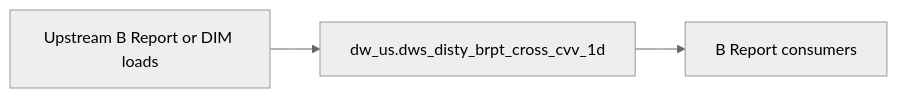
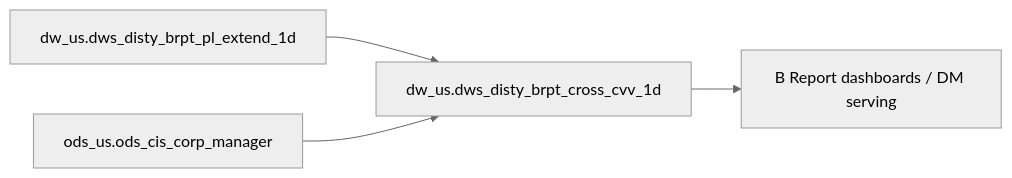
Before and after one commit to chengduhaha/data_agent: the diagram in backend/defaults/b_report/workspace/target/knowledgebase/b-report-us/dws_disty_brpt_cross_cvv_1d.md, drawn with Mermaid (neutral theme). The commit also changed other lines of this file and 1108 other files, not shown here.

````diff
--- a/backend/defaults/b_report/workspace/target/knowledgebase/b-report-us/dws_disty_brpt_cross_cvv_1d.md
+++ b/backend/defaults/b_report/workspace/target/knowledgebase/b-report-us/dws_disty_brpt_cross_cvv_1d.md
@@ -167,8 +267,10 @@
 ```mermaid
 flowchart LR
-  upstream[Upstream B Report or DIM loads]
-  tgt["dw_us.dws_disty_brpt_cross_cvv_1d"]
-  brpt[B Report consumers]
-  upstream --> tgt
-  tgt --> brpt
+  dw_us_dws_disty_brpt_cross_cvv_1d["dw_us.dws_disty_brpt_cross_cvv_1d"]
+  src0["dw_us.dws_disty_brpt_pl_extend_1d"]
+  src0 --> dw_us_dws_disty_brpt_cross_cvv_1d
+  src1["ods_us.ods_cis_corp_manager"]
+  src1 --> dw_us_dws_disty_brpt_cross_cvv_1d
+  consumers["B Report dashboards / DM serving"]
+  dw_us_dws_disty_brpt_cross_cvv_1d --> consumers
 ```
````
